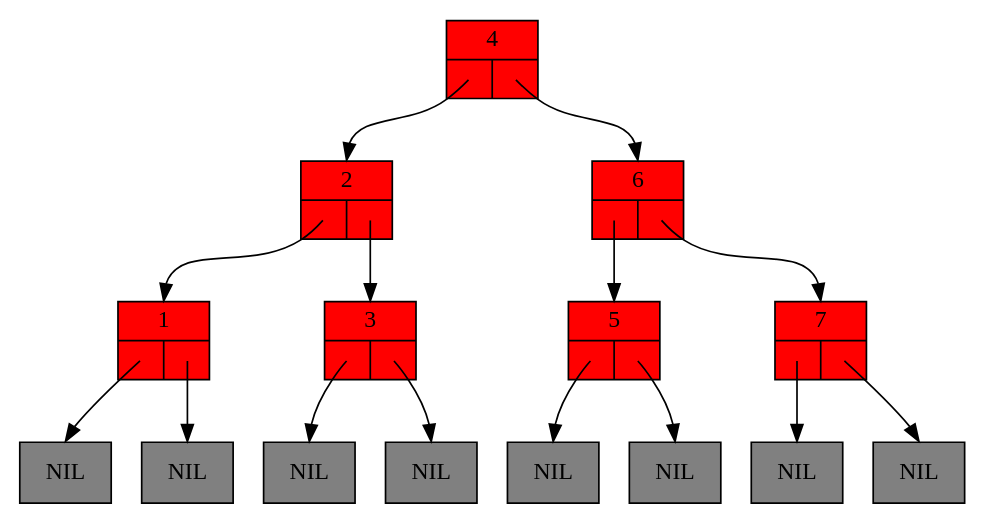
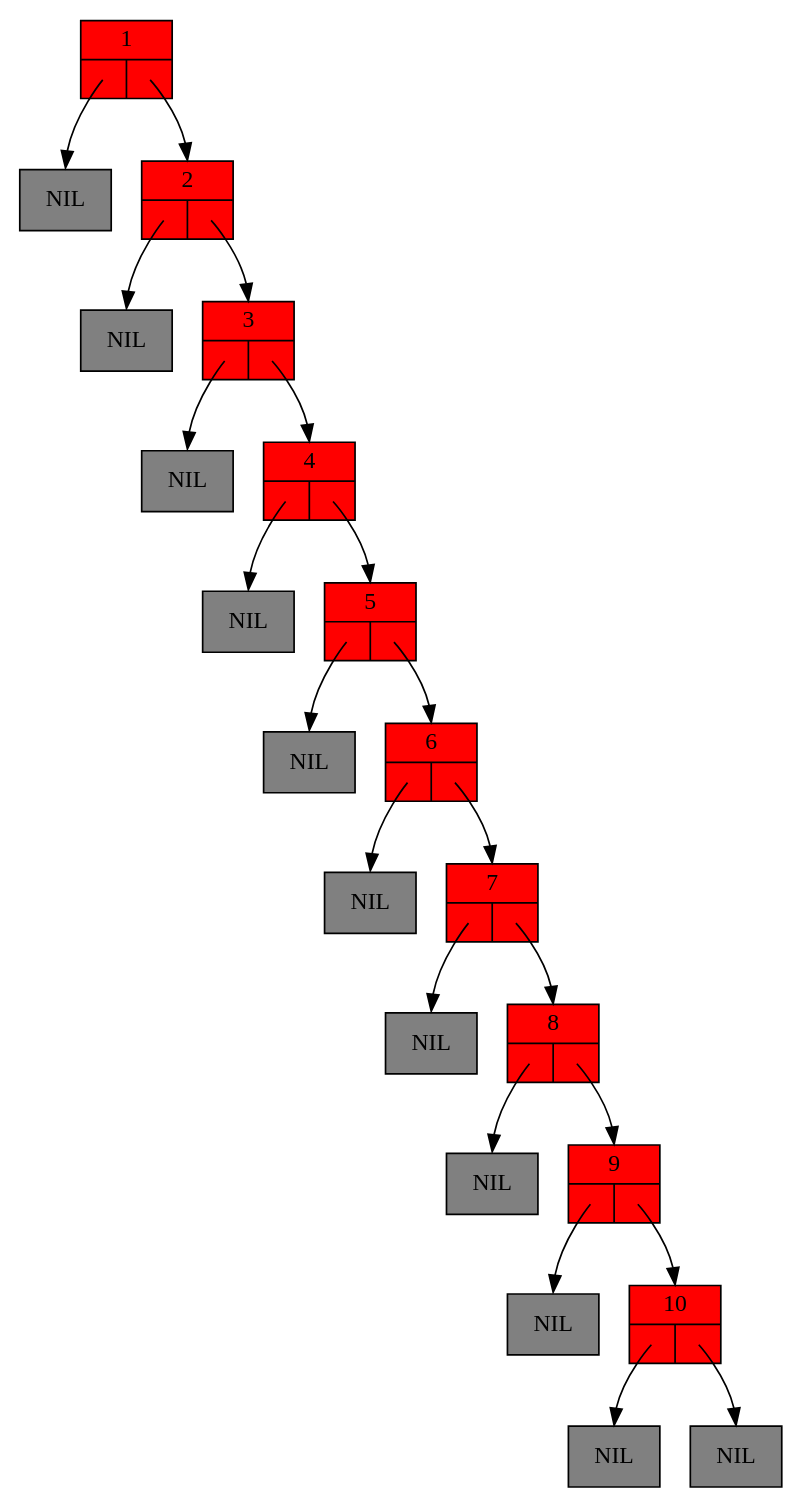
Before and after one commit to JohanUps/TP6_ALGO: the diagram in Code/redblacktree_0.dot, drawn with Graphviz. The commit also changed 6 other files, not shown here.

```diff
--- a/Code/redblacktree_0.dot
+++ b/Code/redblacktree_0.dot
@@ -1,35 +1,47 @@
 digraph RedBlackTree {
 	graph [ranksep=0.5];
 	node [shape = record];
 
-	n4 [label="{4|{<left>|<right>}}", style=filled, fillcolor=red];
-	n4:left:c -> n2:n [headclip=false, tailclip=false]
-	n4:right:c -> n6:n [headclip=false, tailclip=false]
-	n2 [label="{2|{<left>|<right>}}", style=filled, fillcolor=red];
-	n2:left:c -> n1:n [headclip=false, tailclip=false]
-	n2:right:c -> n3:n [headclip=false, tailclip=false]
 	n1 [label="{1|{<left>|<right>}}", style=filled, fillcolor=red];
 	lnil1 [style=filled, fillcolor=grey, label="NIL"];
 	n1:left:c -> lnil1:n [headclip=false, tailclip=false]
-	rnil1 [style=filled, fillcolor=grey, label="NIL"];
-	n1:right:c -> rnil1:n [headclip=false, tailclip=false]
-	n6 [label="{6|{<left>|<right>}}", style=filled, fillcolor=red];
-	n6:left:c -> n5:n [headclip=false, tailclip=false]
-	n6:right:c -> n7:n [headclip=false, tailclip=false]
+	n1:right:c -> n2:n [headclip=false, tailclip=false]
+	n2 [label="{2|{<left>|<right>}}", style=filled, fillcolor=red];
+	lnil2 [style=filled, fillcolor=grey, label="NIL"];
+	n2:left:c -> lnil2:n [headclip=false, tailclip=false]
+	n2:right:c -> n3:n [headclip=false, tailclip=false]
+	n3 [label="{3|{<left>|<right>}}", style=filled, fillcolor=red];
+	lnil3 [style=filled, fillcolor=grey, label="NIL"];
+	n3:left:c -> lnil3:n [headclip=false, tailclip=false]
+	n3:right:c -> n4:n [headclip=false, tailclip=false]
+	n4 [label="{4|{<left>|<right>}}", style=filled, fillcolor=red];
+	lnil4 [style=filled, fillcolor=grey, label="NIL"];
+	n4:left:c -> lnil4:n [headclip=false, tailclip=false]
+	n4:right:c -> n5:n [headclip=false, tailclip=false]
 	n5 [label="{5|{<left>|<right>}}", style=filled, fillcolor=red];
 	lnil5 [style=filled, fillcolor=grey, label="NIL"];
 	n5:left:c -> lnil5:n [headclip=false, tailclip=false]
-	rnil5 [style=filled, fillcolor=grey, label="NIL"];
-	n5:right:c -> rnil5:n [headclip=false, tailclip=false]
-	n3 [label="{3|{<left>|<right>}}", style=filled, fillcolor=red];
-	lnil3 [style=filled, fillcolor=grey, label="NIL"];
-	n3:left:c -> lnil3:n [headclip=false, tailclip=false]
-	rnil3 [style=filled, fillcolor=grey, label="NIL"];
-	n3:right:c -> rnil3:n [headclip=false, tailclip=false]
+	n5:right:c -> n6:n [headclip=false, tailclip=false]
+	n6 [label="{6|{<left>|<right>}}", style=filled, fillcolor=red];
+	lnil6 [style=filled, fillcolor=grey, label="NIL"];
+	n6:left:c -> lnil6:n [headclip=false, tailclip=false]
+	n6:right:c -> n7:n [headclip=false, tailclip=false]
 	n7 [label="{7|{<left>|<right>}}", style=filled, fillcolor=red];
 	lnil7 [style=filled, fillcolor=grey, label="NIL"];
 	n7:left:c -> lnil7:n [headclip=false, tailclip=false]
-	rnil7 [style=filled, fillcolor=grey, label="NIL"];
-	n7:right:c -> rnil7:n [headclip=false, tailclip=false]
+	n7:right:c -> n8:n [headclip=false, tailclip=false]
+	n8 [label="{8|{<left>|<right>}}", style=filled, fillcolor=red];
+	lnil8 [style=filled, fillcolor=grey, label="NIL"];
+	n8:left:c -> lnil8:n [headclip=false, tailclip=false]
+	n8:right:c -> n9:n [headclip=false, tailclip=false]
+	n9 [label="{9|{<left>|<right>}}", style=filled, fillcolor=red];
+	lnil9 [style=filled, fillcolor=grey, label="NIL"];
+	n9:left:c -> lnil9:n [headclip=false, tailclip=false]
+	n9:right:c -> n10:n [headclip=false, tailclip=false]
+	n10 [label="{10|{<left>|<right>}}", style=filled, fillcolor=red];
+	lnil10 [style=filled, fillcolor=grey, label="NIL"];
+	n10:left:c -> lnil10:n [headclip=false, tailclip=false]
+	rnil10 [style=filled, fillcolor=grey, label="NIL"];
+	n10:right:c -> rnil10:n [headclip=false, tailclip=false]
 
 }
```
